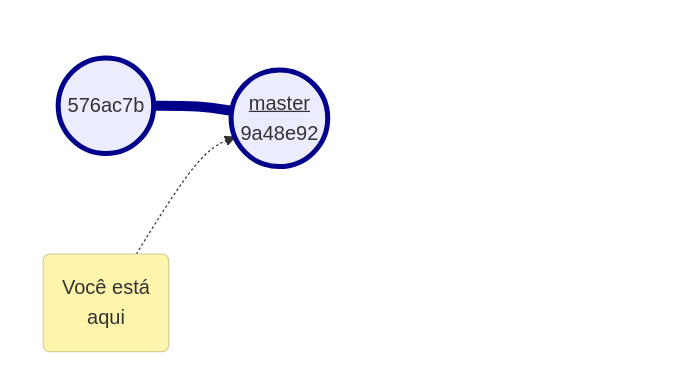
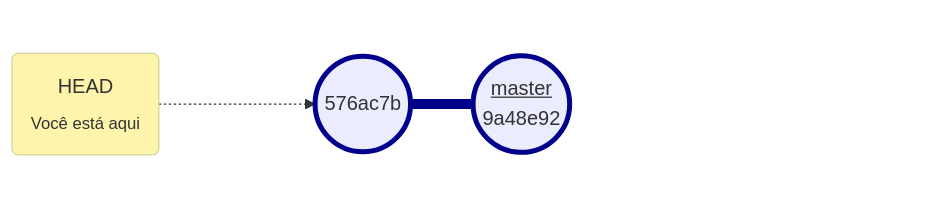
One commit to yxuo/learning changed the third of 6 diagrams in git/courses/rbtech/lessons/lang/pt/lesson-5.pt.md. Above: the diagram before and after it, drawn with Mermaid. The commit also changed other lines of this file, not shown here.

````diff
--- a/git/courses/rbtech/lessons/lang/pt/lesson-5.pt.md
+++ b/git/courses/rbtech/lessons/lang/pt/lesson-5.pt.md
@@ -178,17 +192,17 @@
 ```mermaid
 flowchart LR
 subgraph S[" "]
 a(("576ac7b"))---b(("<u>master</u><br>9a48e92"))---c(("f3661c8"))---d(("abe667b"))
 end
-N("Você está<br>aqui") -.-> b
+N("HEAD<br><sub>Você está aqui") -..-> a
 
 style S fill: transparent, stroke: transparent
 style N fill:#fef4ac, stroke:#d3d398
 style a stroke:darkblue, stroke-width: 4px
 style b stroke:darkblue, stroke-width: 4px
 style c stroke-width: 0, fill: transparent,color: transparent
 style d stroke-width: 0, fill: transparent,color: transparent
 
 linkStyle 1,2 stroke: transparent
 linkStyle 0 stroke:darkblue,stroke-width:8px;
 ```
````
